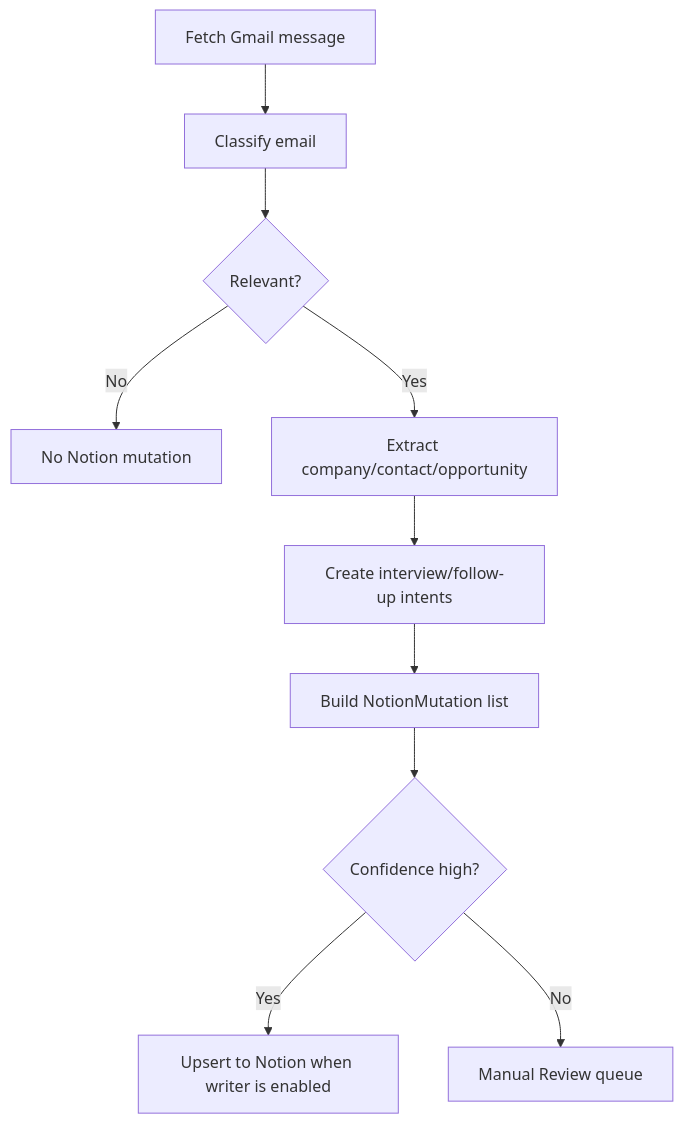
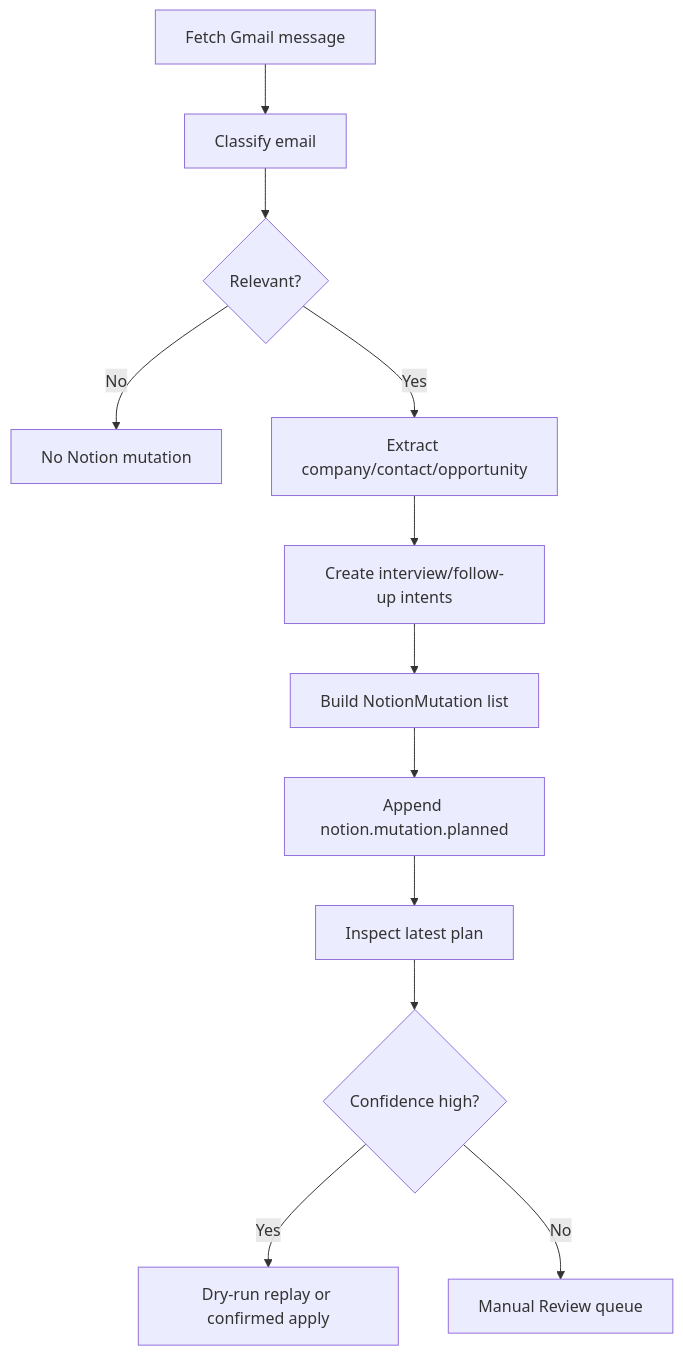
The diagram in AUTOMATIONS.md (dillon-barendt/career-forge), drawn with Mermaid before and after one commit. The commit also changed other lines of this file and 44 other files, not shown here.

````diff
--- a/AUTOMATIONS.md
+++ b/AUTOMATIONS.md
@@ -5,12 +5,14 @@
 ```mermaid
 flowchart TD
     A["Fetch Gmail message"] --> B["Classify email"]
     B --> C{"Relevant?"}
     C -- "No" --> D["No Notion mutation"]
     C -- "Yes" --> E["Extract company/contact/opportunity"]
     E --> F["Create interview/follow-up intents"]
     F --> G["Build NotionMutation list"]
-    G --> H{"Confidence high?"}
-    H -- "Yes" --> I["Upsert to Notion when writer is enabled"]
+    G --> K["Append notion.mutation.planned"]
+    K --> L["Inspect latest plan"]
+    L --> H{"Confidence high?"}
+    H -- "Yes" --> I["Dry-run replay or confirmed apply"]
     H -- "No" --> J["Manual Review queue"]
 ```
````
